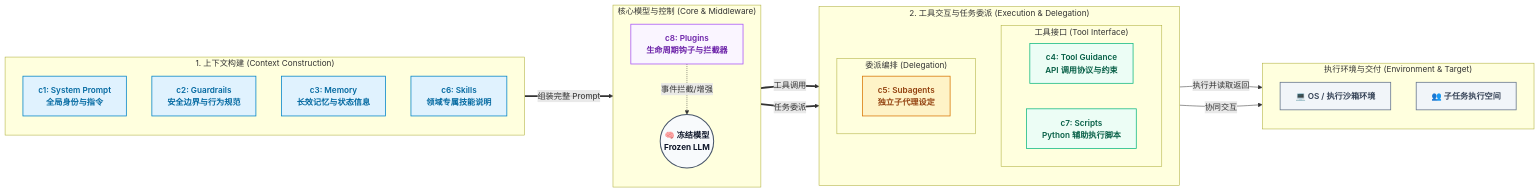
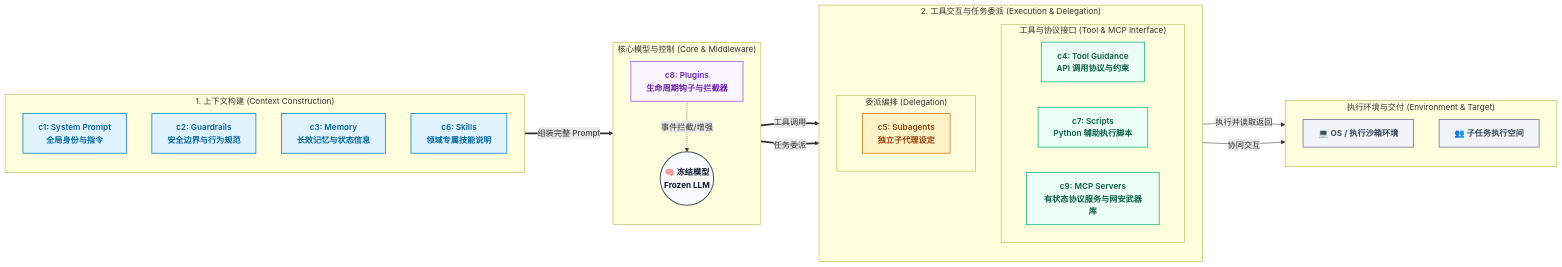
One commit to owl234/SecAgentHarness changed the third of 3 diagrams in docs/ARCHITECTURE_zh.md. Above: the diagram before and after it, drawn with Mermaid. The commit also changed other lines of this file and 164 other files, not shown here.

First line of the commit message:
refactor(repo): restructure into monorepo layout (backend/ + frontend/) and add flow showcase

````diff
--- a/docs/ARCHITECTURE_zh.md
+++ b/docs/ARCHITECTURE_zh.md
@@ -241,49 +241,50 @@
 ```mermaid
 flowchart LR
     %% Custom Styling Palette
     classDef context fill:#e0f2fe,stroke:#0284c7,stroke-width:1.5px,color:#0369a1,font-weight:600;
     classDef iface fill:#ecfdf5,stroke:#10b981,stroke-width:1.5px,color:#065f46,font-weight:600;
     classDef deleg fill:#fef3c7,stroke:#d97706,stroke-width:1.5px,color:#92400e,font-weight:600;
     classDef hook fill:#faf5ff,stroke:#a855f7,stroke-width:1.5px,color:#6b21a8,font-weight:600;
     classDef center fill:#f8fafc,stroke:#475569,stroke-width:2px,color:#0f172a,font-weight:bold;
     classDef env fill:#f1f5f9,stroke:#64748b,stroke-width:1.5px,color:#334155,font-weight:600;
 
     subgraph G_Input["1. 上下文构建 (Context Construction)"]
         direction TB
         c1["c1: System Prompt<br>全局身份与指令"]:::context
         c2["c2: Guardrails<br>安全边界与行为规范"]:::context
         c3["c3: Memory<br>长效记忆与状态信息"]:::context
         c6["c6: Skills<br>领域专属技能说明"]:::context
     end
 
     subgraph G_Core["核心模型与控制 (Core & Middleware)"]
         direction TB
         Model(("🧠 冻结模型<br>Frozen LLM")):::center
         c8["c8: Plugins<br>生命周期钩子与拦截器"]:::hook
         c8 -.->|"事件拦截/增强"| Model
     end
 
     subgraph G_Output["2. 工具交互与任务委派 (Execution & Delegation)"]
         direction TB
-        subgraph Sub_Tools["工具接口 (Tool Interface)"]
+        subgraph Sub_Tools["工具与协议接口 (Tool & MCP Interface)"]
             c4["c4: Tool Guidance<br>API 调用协议与约束"]:::iface
             c7["c7: Scripts<br>Python 辅助执行脚本"]:::iface
+            c9["c9: MCP Servers<br>有状态协议服务与网安武器库"]:::iface
         end
         subgraph Sub_Deleg["委派编排 (Delegation)"]
             c5["c5: Subagents<br>独立子代理设定"]:::deleg
         end
     end
 
     subgraph G_Target["执行环境与交付 (Environment & Target)"]
         direction TB
         Env["💻 OS / 执行沙箱环境"]:::env
         SubTasks["👥 子任务执行空间"]:::env
     end
 
     %% 单向水平推进数据流 (左向右单向流动，绝无遮挡)
     G_Input ==>|"组装完整 Prompt"| Model
     Model ==>|"工具调用"| Sub_Tools
     Model ==>|"任务委派"| Sub_Deleg
     Sub_Tools -->|"执行并读取返回"| Env
     Sub_Deleg -->|"协同交互"| SubTasks
 ```
````
